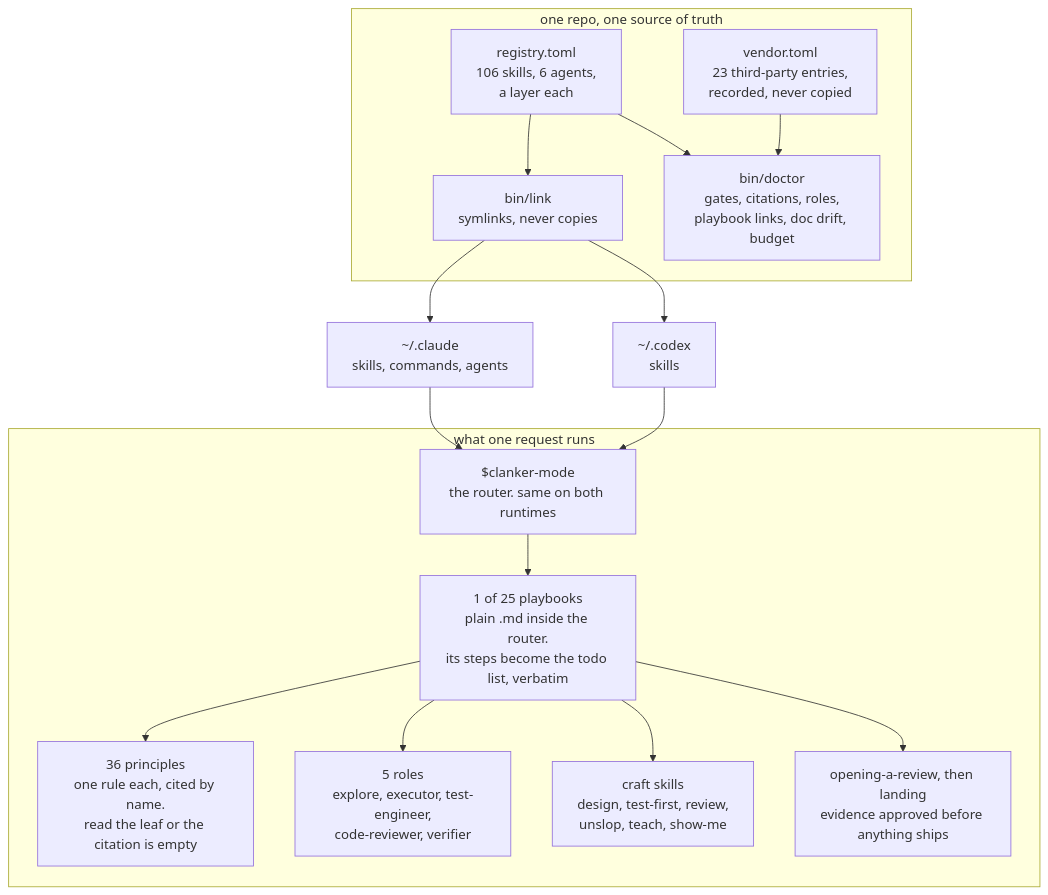
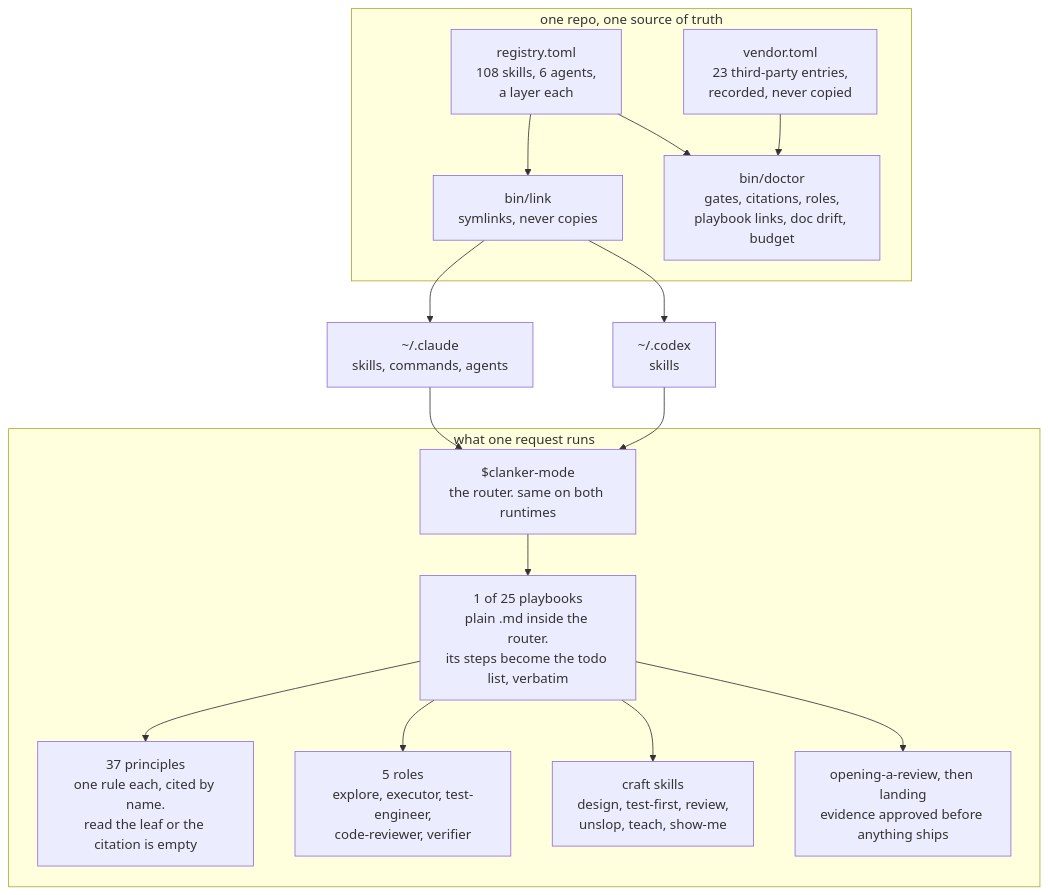
One commit to daryl-tg/deez-skills changed the diagram in README.md. Above: the diagram before and after it, drawn with Mermaid. The commit also changed other lines of this file and 10 other files, not shown here.

````diff
--- a/README.md
+++ b/README.md
@@ -11,34 +11,34 @@
 ```mermaid
 flowchart TB
   subgraph hub["one repo, one source of truth"]
-    reg["registry.toml<br/>106 skills, 6 agents,<br/>a layer each"]
+    reg["registry.toml<br/>108 skills, 6 agents,<br/>a layer each"]
     ven["vendor.toml<br/>23 third-party entries,<br/>recorded, never copied"]
     lnk["bin/link<br/>symlinks, never copies"]
     doc["bin/doctor<br/>gates, citations, roles,<br/>playbook links, doc drift, budget"]
     reg --> lnk
     reg --> doc
     ven --> doc
   end
 
   cc["~/.claude<br/>skills, commands, agents"]
   cx["~/.codex<br/>skills"]
 
   subgraph work["what one request runs"]
     router["$clanker-mode<br/>the router. same on both runtimes"]
     pb["1 of 25 playbooks<br/>plain .md inside the router.<br/>its steps become the todo list, verbatim"]
-    prin["36 principles<br/>one rule each, cited by name.<br/>read the leaf or the citation is empty"]
+    prin["37 principles<br/>one rule each, cited by name.<br/>read the leaf or the citation is empty"]
     role["5 roles<br/>explore, executor, test-engineer,<br/>code-reviewer, verifier"]
     craft["craft skills<br/>design, test-first, review,<br/>unslop, teach, show-me"]
     ship["opening-a-review, then landing<br/>evidence approved before anything ships"]
     router --> pb
     pb --> prin
     pb --> role
     pb --> craft
     pb --> ship
   end
 
   lnk --> cc
   lnk --> cx
   cc --> router
   cx --> router
 ```
````
